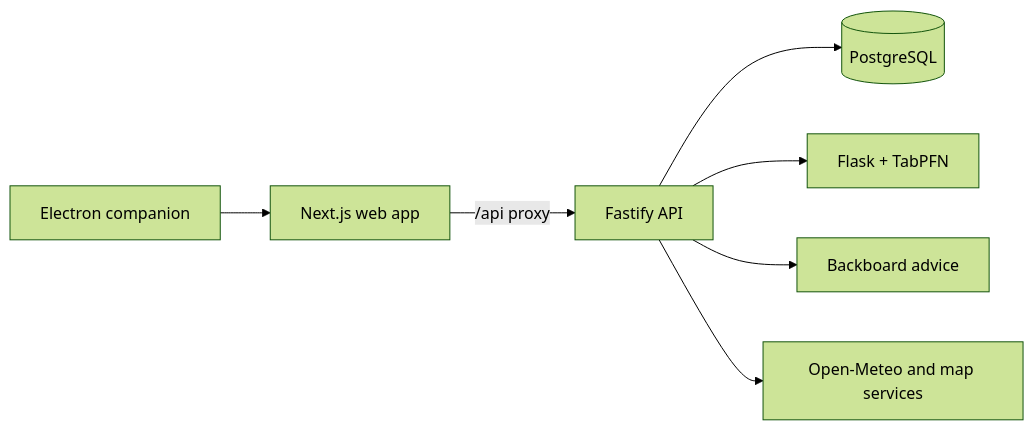
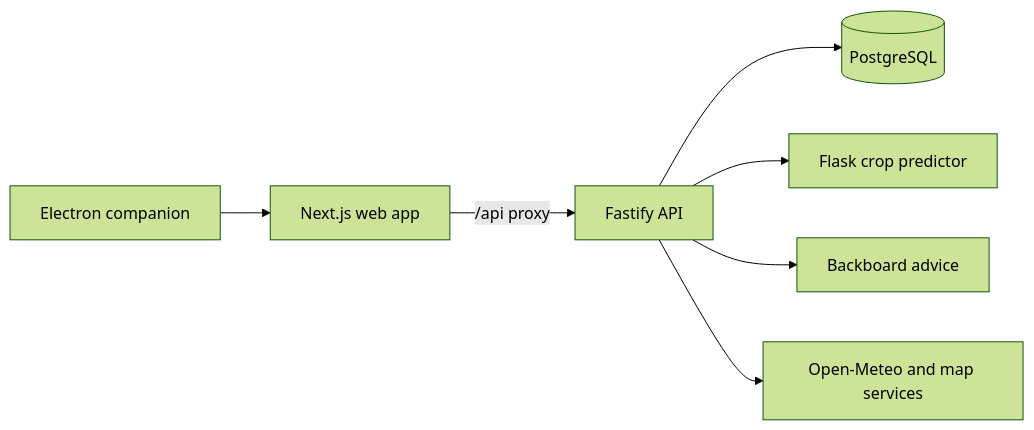
One commit to Namangoel1904/Maati changed the diagram in README.md. Above: the diagram before and after it, drawn with Mermaid (forest theme). The commit also changed other lines of this file and 6 other files, not shown here.

````diff
--- a/README.md
+++ b/README.md
@@ -40,9 +40,9 @@
 ```mermaid
 flowchart LR
   Browser[Next.js web app] -->|/api proxy| API[Fastify API]
   Desktop[Electron companion] --> Browser
   API --> DB[(PostgreSQL)]
-  API --> Predictor[Flask + TabPFN]
+  API --> Predictor[Flask crop predictor]
   API --> Backboard[Backboard advice]
   API --> Maps[Open-Meteo and map services]
 ```
````
